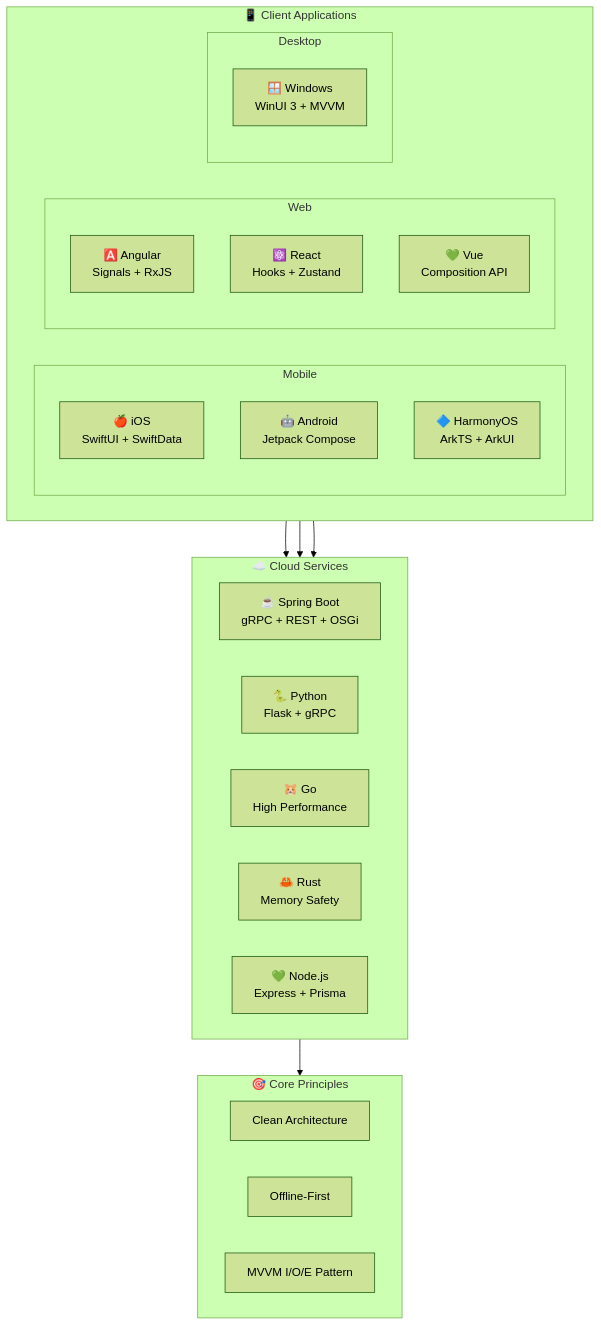
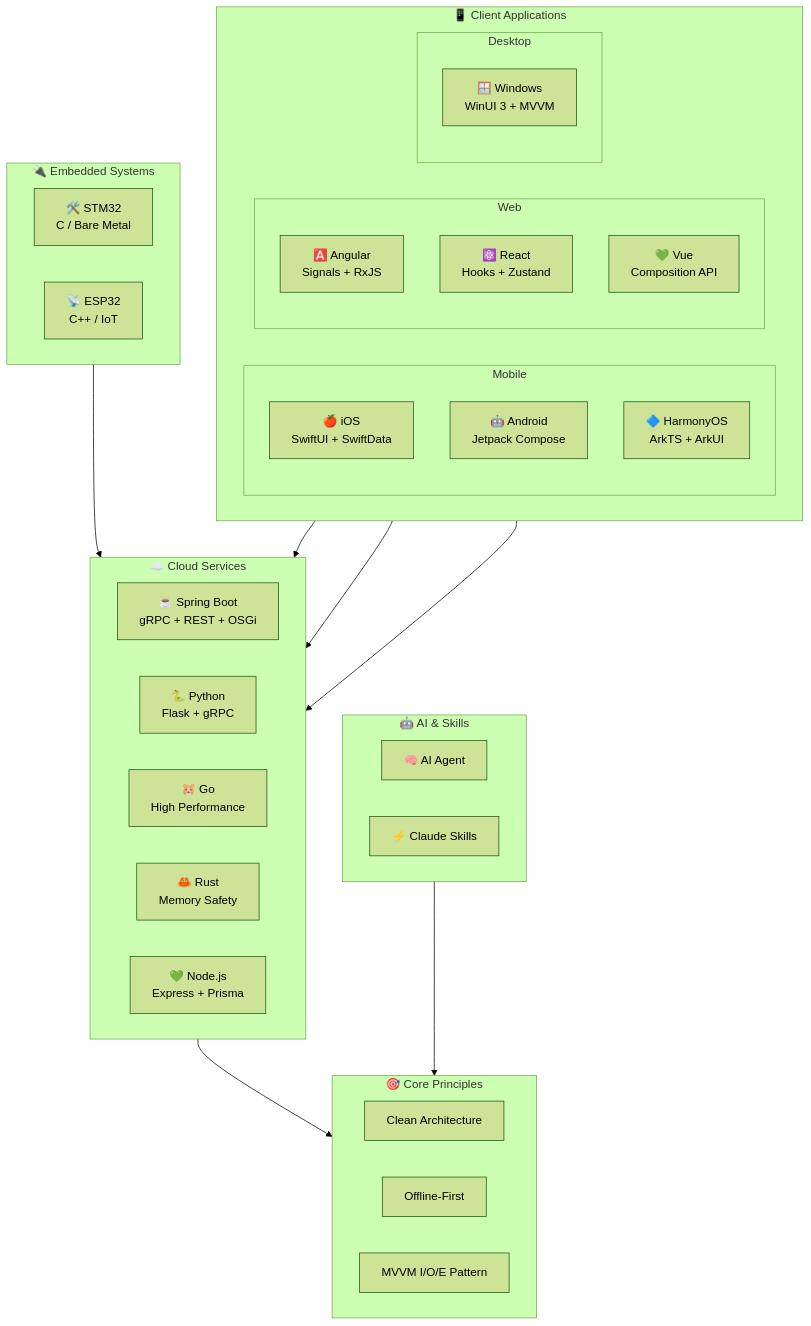
Before and after one commit to jrjohn/jrjohn: the diagram in README.md, drawn with Mermaid (forest theme). The commit also changed other lines of this file, not shown here.

````diff
--- a/README.md
+++ b/README.md
@@ -18,39 +18,53 @@
 ```mermaid
 flowchart TB
     subgraph Client["📱 Client Applications"]
         direction LR
         subgraph Mobile["Mobile"]
             iOS["🍎 iOS<br>SwiftUI + SwiftData"]
             Android["🤖 Android<br>Jetpack Compose"]
             HarmonyOS["🔷 HarmonyOS<br>ArkTS + ArkUI"]
         end
         subgraph Web["Web"]
             Angular["🅰️ Angular<br>Signals + RxJS"]
             React["⚛️ React<br>Hooks + Zustand"]
             Vue["💚 Vue<br>Composition API"]
         end
         subgraph Desktop["Desktop"]
             Windows["🪟 Windows<br>WinUI 3 + MVVM"]
         end
     end
 
+    subgraph Embedded["🔌 Embedded Systems"]
+        direction LR
+        STM32["🛠️ STM32<br>C / Bare Metal"]
+        ESP32["📡 ESP32<br>C++ / IoT"]
+    end
+
     subgraph Cloud["☁️ Cloud Services"]
         direction LR
         SpringBoot["☕ Spring Boot<br>gRPC + REST + OSGi"]
         Python["🐍 Python<br>Flask + gRPC"]
         Go["🐹 Go<br>High Performance"]
         Rust["🦀 Rust<br>Memory Safety"]
         NodeJS["💚 Node.js<br>Express + Prisma"]
+    end
+
+    subgraph AI["🤖 AI & Skills"]
+        direction LR
+        Agent["🧠 AI Agent"]
+        Skills["⚡ Claude Skills"]
     end
 
     subgraph Core["🎯 Core Principles"]
         CA["Clean Architecture"]
         OF["Offline-First"]
         MVVM["MVVM I/O/E Pattern"]
     end
 
     Mobile --> Cloud
     Web --> Cloud
     Desktop --> Cloud
+    Embedded --> Cloud
     Cloud --> Core
+    AI --> Core
 ```
````
